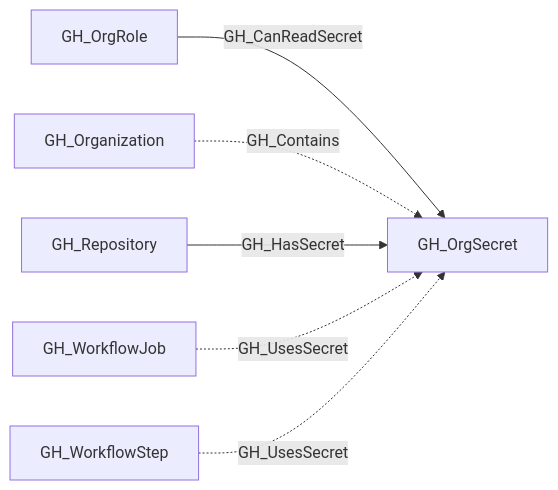
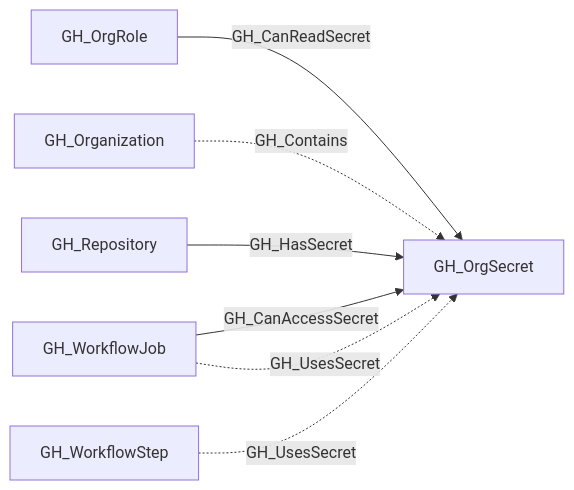
One commit to SpecterOps/bloodhound-docs changed the first of 2 diagrams in docs/opengraph/extensions/github/nodes/gh_orgsecret.mdx. Above: the diagram before and after it, drawn with Mermaid. The commit also changed other lines of this file and 33 other files, not shown here.

````diff
--- a/docs/opengraph/extensions/github/nodes/gh_orgsecret.mdx
+++ b/docs/opengraph/extensions/github/nodes/gh_orgsecret.mdx
@@ -31,14 +31,15 @@
 ```mermaid
 graph LR
     n0["GH_OrgRole"]
     n1["GH_OrgSecret"]
     n2["GH_Organization"]
     n3["GH_Repository"]
     n4["GH_WorkflowJob"]
     n5["GH_WorkflowStep"]
     n0 -->|GH_CanReadSecret| n1
     n2 -.->|GH_Contains| n1
     n3 -->|GH_HasSecret| n1
+    n4 -->|GH_CanAccessSecret| n1
     n4 -.->|GH_UsesSecret| n1
     n5 -.->|GH_UsesSecret| n1
 ```
````
